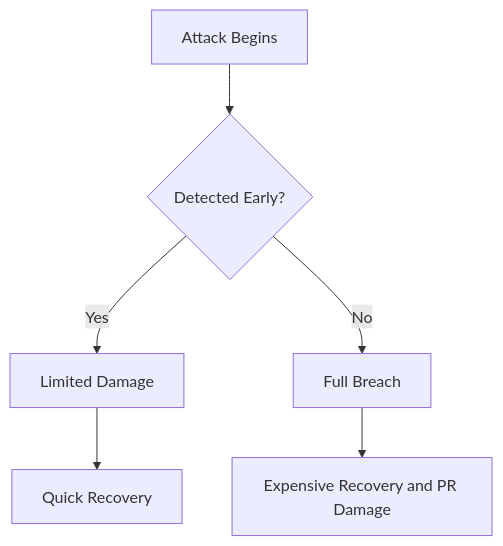
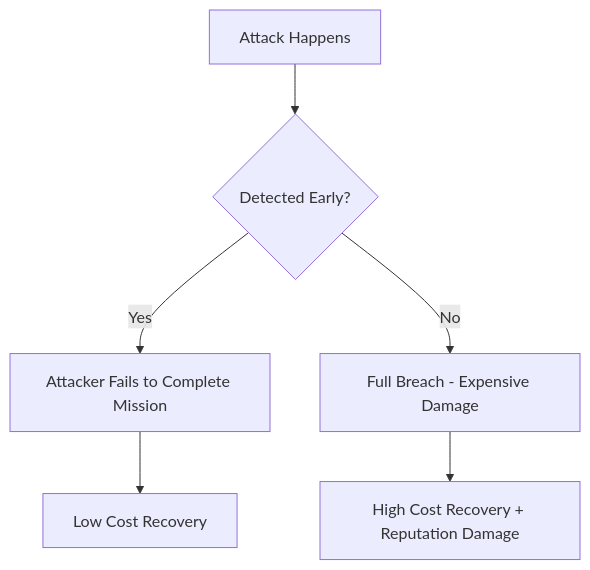
One commit to ammaryasser28/SEC450 changed the third of 8 diagrams in 450.1 - Blue Team Tools and Operation /SOC Overview.md. Above: the diagram before and after it, drawn with Mermaid. The commit also changed other lines of this file, not shown here.

````diff
--- a/450.1 - Blue Team Tools and Operation /SOC Overview.md
+++ b/450.1 - Blue Team Tools and Operation /SOC Overview.md
@@ -217,8 +150,8 @@
 ```mermaid
 flowchart TD
-    A[Attack Begins] --> B{Detected Early?}
-    B -->|Yes| C[Limited Damage]
-    B -->|No| D[Full Breach]
-    C --> E[Quick Recovery]
-    D --> F[Expensive Recovery and PR Damage]
+    A[Attack Happens] --> B{Detected Early?}
+    B -->|Yes| C[Attacker Fails to Complete Mission]
+    B -->|No| D[Full Breach - Expensive Damage]
+    C --> E[Low Cost Recovery]
+    D --> F[High Cost Recovery + Reputation Damage]
 ```
````
